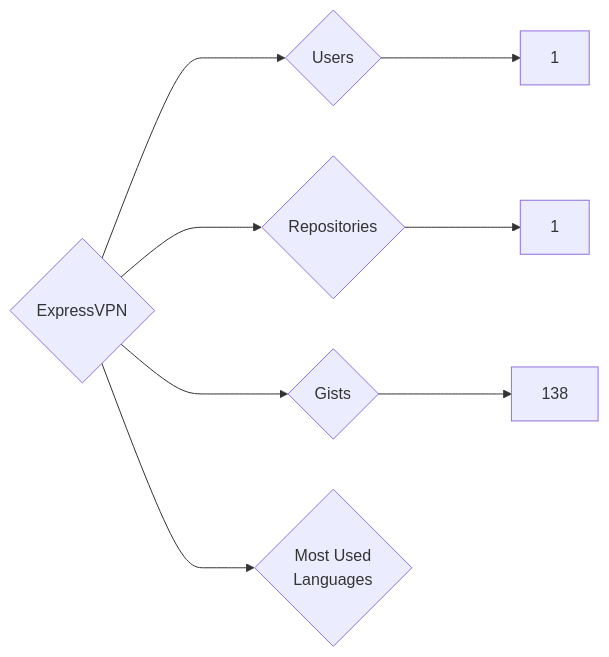
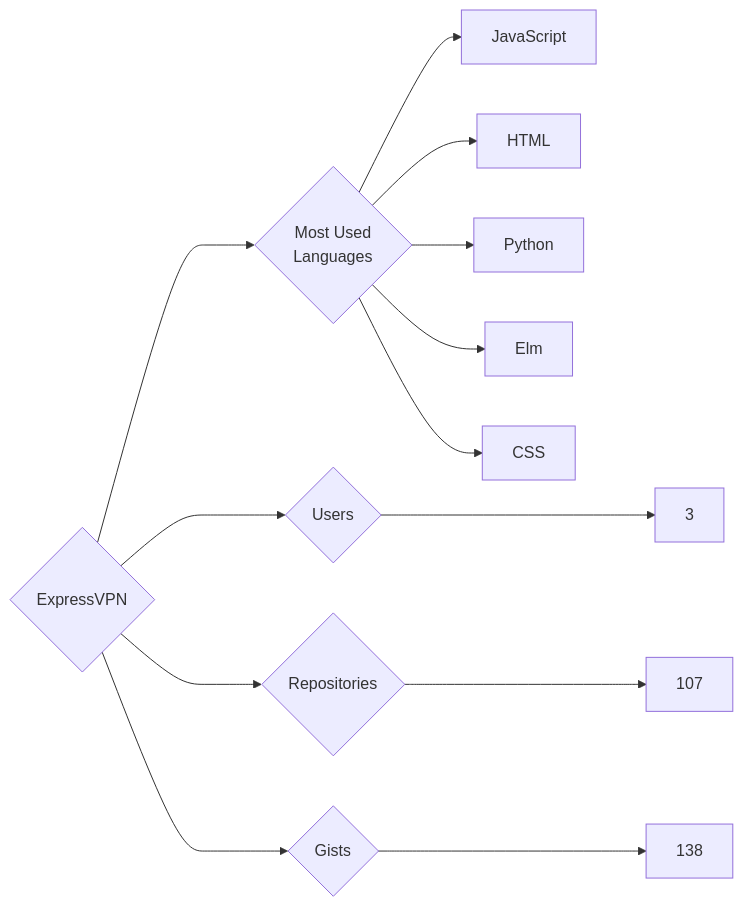
The diagram in targets/ExpressVPN/README.md (trickest/insiders), drawn with Mermaid before and after one commit. The commit also changed 1078 other files, not shown here.

````diff
--- a/targets/ExpressVPN/README.md
+++ b/targets/ExpressVPN/README.md
@@ -3,8 +3,13 @@
 ```mermaid
 graph LR
 COMPANY_NAME{ExpressVPN}
-COMPANY_NAME ---> U{Users} ---> UN[1]
-COMPANY_NAME ---> R{Repositories} ---> RN[1]
+COMPANY_NAME ---> U{Users} ---> UN[3]
+COMPANY_NAME ---> R{Repositories} ---> RN[107]
 COMPANY_NAME ---> G{Gists} ---> GN[138]
 COMPANY_NAME ---> ML{Most Used<br>Languages}
+ML --> JavaScript[JavaScript]
+ML --> HTML[HTML]
+ML --> Python[Python]
+ML --> Elm[Elm]
+ML --> CSS[CSS]
 ```
````
